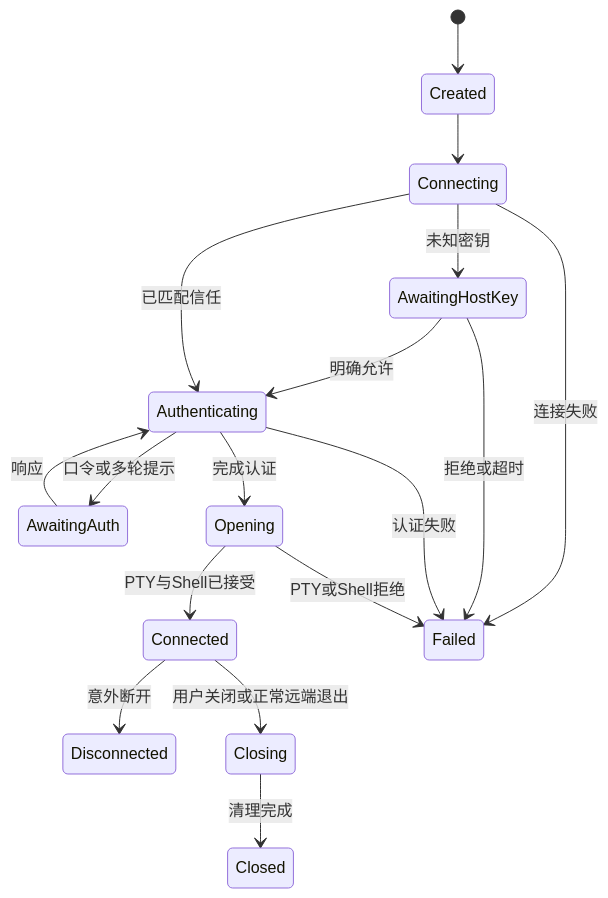
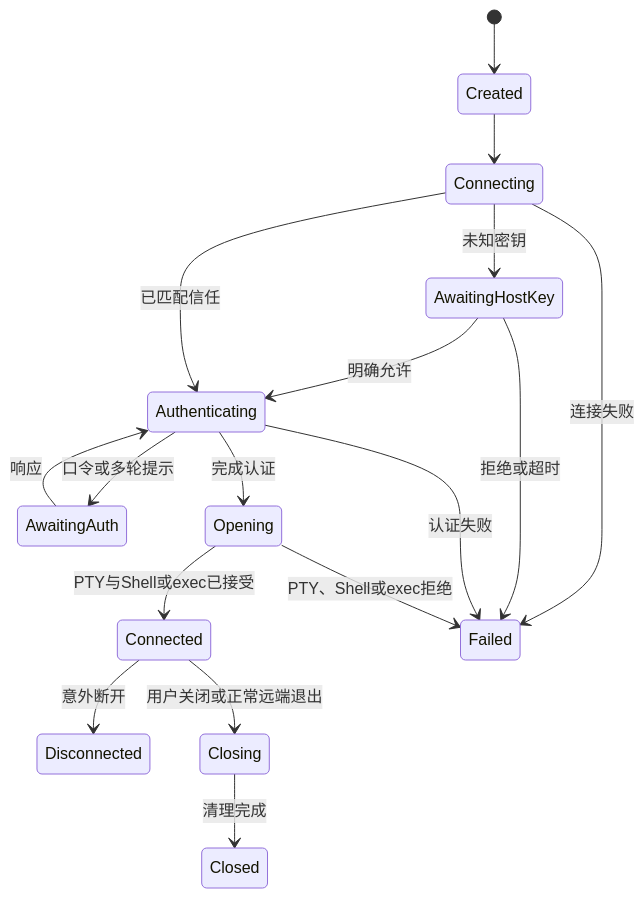
One commit to h3110w0r1d-y/termeta changed the diagram in docs/04-session-model.md. Above: the diagram before and after it, drawn with Mermaid. The commit also changed other lines of this file and 32 other files, not shown here.

````diff
--- a/docs/04-session-model.md
+++ b/docs/04-session-model.md
@@ -17,19 +17,19 @@
 ```mermaid
 stateDiagram-v2
   [*] --> Created
   Created --> Connecting
   Connecting --> AwaitingHostKey: 未知密钥
   AwaitingHostKey --> Authenticating: 明确允许
   Connecting --> Authenticating: 已匹配信任
   Authenticating --> AwaitingAuth: 口令或多轮提示
   AwaitingAuth --> Authenticating: 响应
   Authenticating --> Opening: 完成认证
-  Opening --> Connected: PTY与Shell已接受
+  Opening --> Connected: PTY与Shell或exec已接受
   Connected --> Disconnected: 意外断开
   Connected --> Closing: 用户关闭或正常远端退出
   Closing --> Closed: 清理完成
   Connecting --> Failed: 连接失败
   AwaitingHostKey --> Failed: 拒绝或超时
   Authenticating --> Failed: 认证失败
-  Opening --> Failed: PTY或Shell拒绝
+  Opening --> Failed: PTY、Shell或exec拒绝
 ```
````
